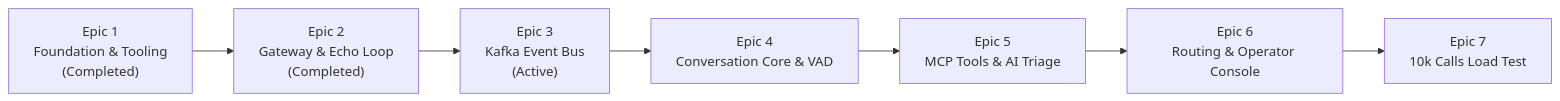
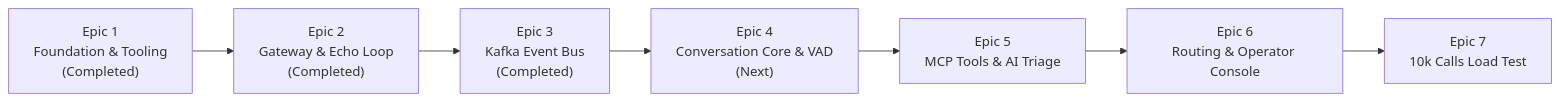
The diagram in ROADMAP.md (pedrazamiguez/voice-pulse), drawn with Mermaid before and after one commit. The commit also changed other lines of this file, not shown here.

Commit message:
docs(roadmap): mark Epic 3 completed and Epic 4 as next

````diff
--- a/ROADMAP.md
+++ b/ROADMAP.md
@@ -26,9 +26,9 @@
 ```mermaid
 flowchart LR
     E1["Epic 1<br/>Foundation & Tooling<br/>(Completed)"] --> E2["Epic 2<br/>Gateway & Echo Loop<br/>(Completed)"]
-    E2 --> E3["Epic 3<br/>Kafka Event Bus<br/>(Active)"]
-    E3 --> E4["Epic 4<br/>Conversation Core & VAD"]
+    E2 --> E3["Epic 3<br/>Kafka Event Bus<br/>(Completed)"]
+    E3 --> E4["Epic 4<br/>Conversation Core & VAD<br/>(Next)"]
     E4 --> E5["Epic 5<br/>MCP Tools & AI Triage"]
     E5 --> E6["Epic 6<br/>Routing & Operator Console"]
     E6 --> E7["Epic 7<br/>10k Calls Load Test"]
 ```
````
